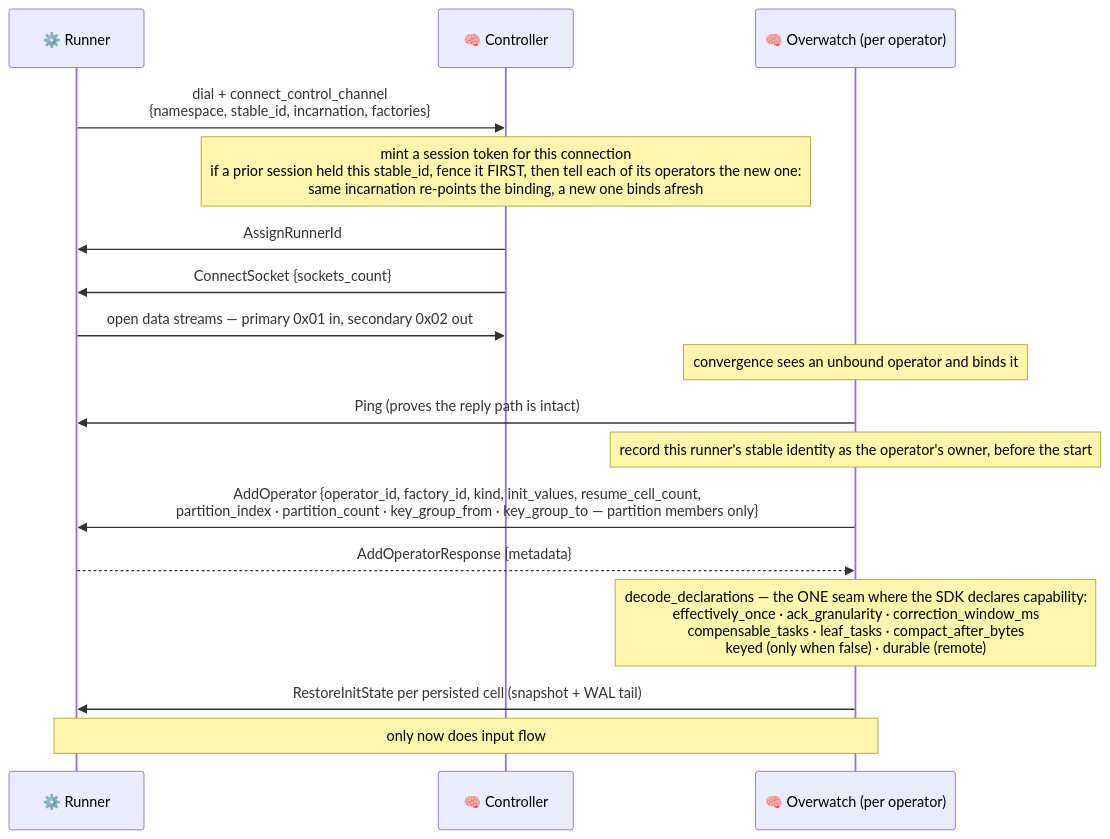
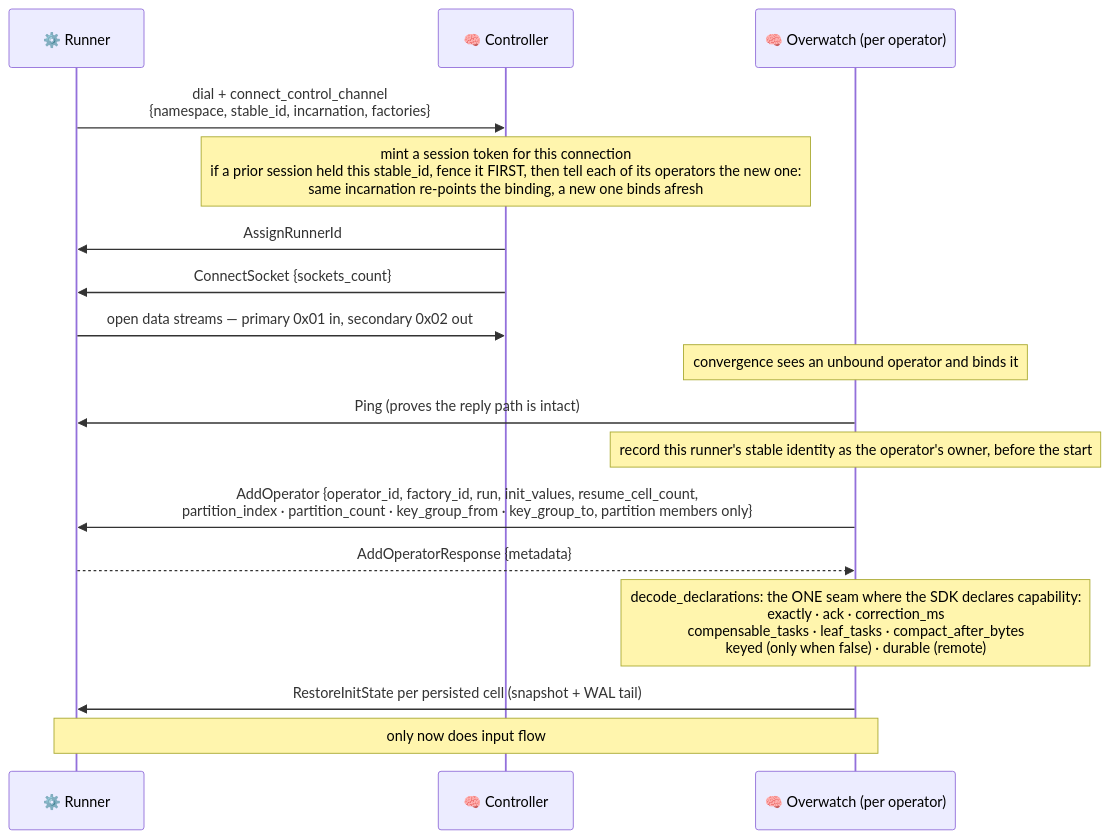
The seventh of 9 diagrams in docs/architecture/README.md (Flezha/flezha), drawn with Mermaid before and after one commit. The commit also changed other lines of this file and 40 other files, not shown here.

First line of the commit message:
Teach one operator in the guides

````diff
--- a/docs/architecture/README.md
+++ b/docs/architecture/README.md
@@ -402,21 +402,21 @@
 ```mermaid
 sequenceDiagram
     participant EX as ⚙️ Runner
     participant CTRL as 🧠 Controller
     participant OW as 🧠 Overwatch (per operator)
 
     EX->>CTRL: dial + connect_control_channel<br/>{namespace, stable_id, incarnation, factories}
     Note over CTRL: mint a session token for this connection<br/>if a prior session held this stable_id, fence it FIRST, then tell each of its operators the new one:<br/>same incarnation re-points the binding, a new one binds afresh
     CTRL->>EX: AssignRunnerId
     CTRL->>EX: ConnectSocket {sockets_count}
     EX->>CTRL: open data streams — primary 0x01 in, secondary 0x02 out
 
     Note over OW: convergence sees an unbound operator and binds it
     OW->>EX: Ping (proves the reply path is intact)
     Note over OW: record this runner's stable identity as the operator's owner, before the start
-    OW->>EX: AddOperator {operator_id, factory_id, kind, init_values, resume_cell_count,<br/>partition_index · partition_count · key_group_from · key_group_to — partition members only}
+    OW->>EX: AddOperator {operator_id, factory_id, run, init_values, resume_cell_count,<br/>partition_index · partition_count · key_group_from · key_group_to, partition members only}
     EX-->>OW: AddOperatorResponse {metadata}
-    Note over OW: decode_declarations — the ONE seam where the SDK declares capability:<br/>effectively_once · ack_granularity · correction_window_ms<br/>compensable_tasks · leaf_tasks · compact_after_bytes<br/>keyed (only when false) · durable (remote)
+    Note over OW: decode_declarations: the ONE seam where the SDK declares capability:<br/>exactly · ack · correction_ms<br/>compensable_tasks · leaf_tasks · compact_after_bytes<br/>keyed (only when false) · durable (remote)
     OW->>EX: RestoreInitState per persisted cell (snapshot + WAL tail)
     Note over OW,EX: only now does input flow
 ```
````
